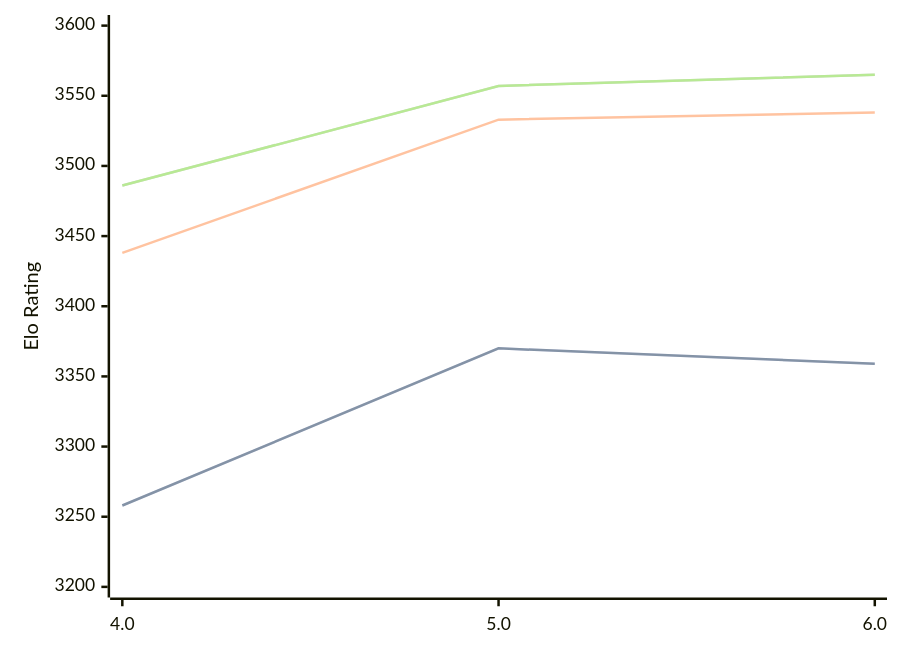
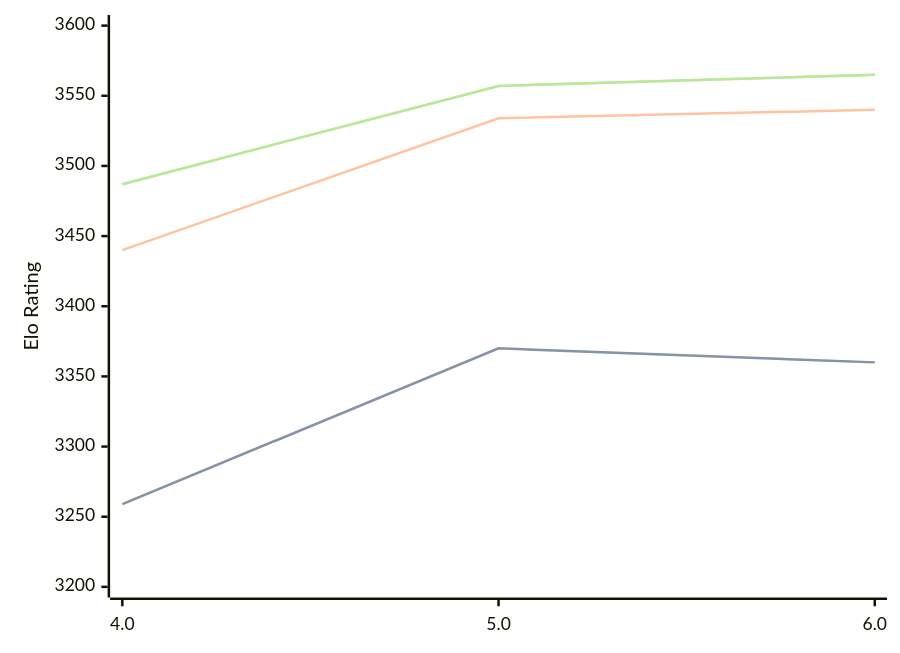
The diagram in engines/Tarnished.md (computer-chess-index/cci), drawn with Mermaid before and after one commit. The commit also changed other lines of this file, not shown here.

Commit message:
Update CCI Ratings (ELO VLTC) - 2026-09-16

````diff
--- a/engines/Tarnished.md
+++ b/engines/Tarnished.md
@@ -33,11 +33,11 @@
 ```mermaid
 %%{init: {"theme":"base","themeVariables":{"seriesColors:['#a3a3a3','#222221','#faa371']}}}%%
 xychart-beta
   x-axis ["4.0", "5.0", "6.0"]
   y-axis "Elo Rating" 3200 --> 3600
-  line "" [3258, 3370, 3359]
-  line "STC (8.0+0.08s)" [3258, 3370, 3359]
-  line "LTC (60.0+0.60s)" [3438, 3533, 3538]
-  line "" [3486, 3557, 3565]
-  line "VLTC (2m24s+1.12s)" [3486, 3557, 3565]
+  line "" [3259, 3370, 3360]
+  line "STC (8.0+0.08s)" [3259, 3370, 3360]
+  line "LTC (60.0+0.60s)" [3440, 3534, 3540]
+  line "" [3487, 3557, 3565]
+  line "VLTC (2m24s+1.12s)" [3487, 3557, 3565]
 ```
````
